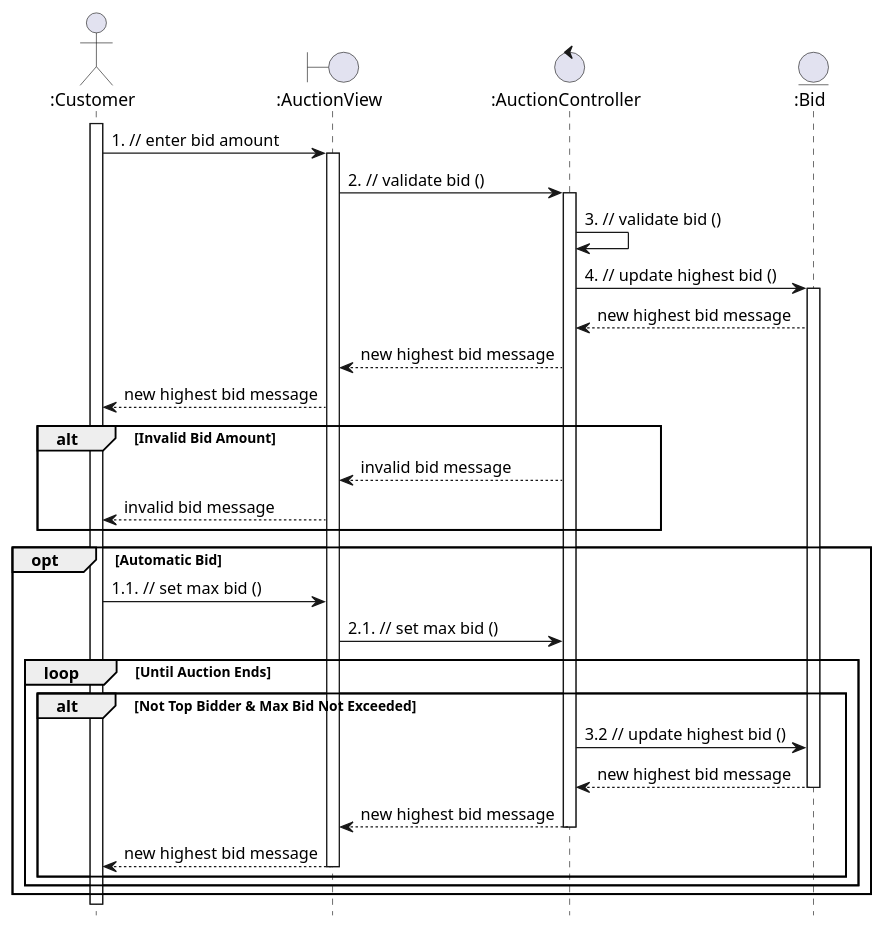
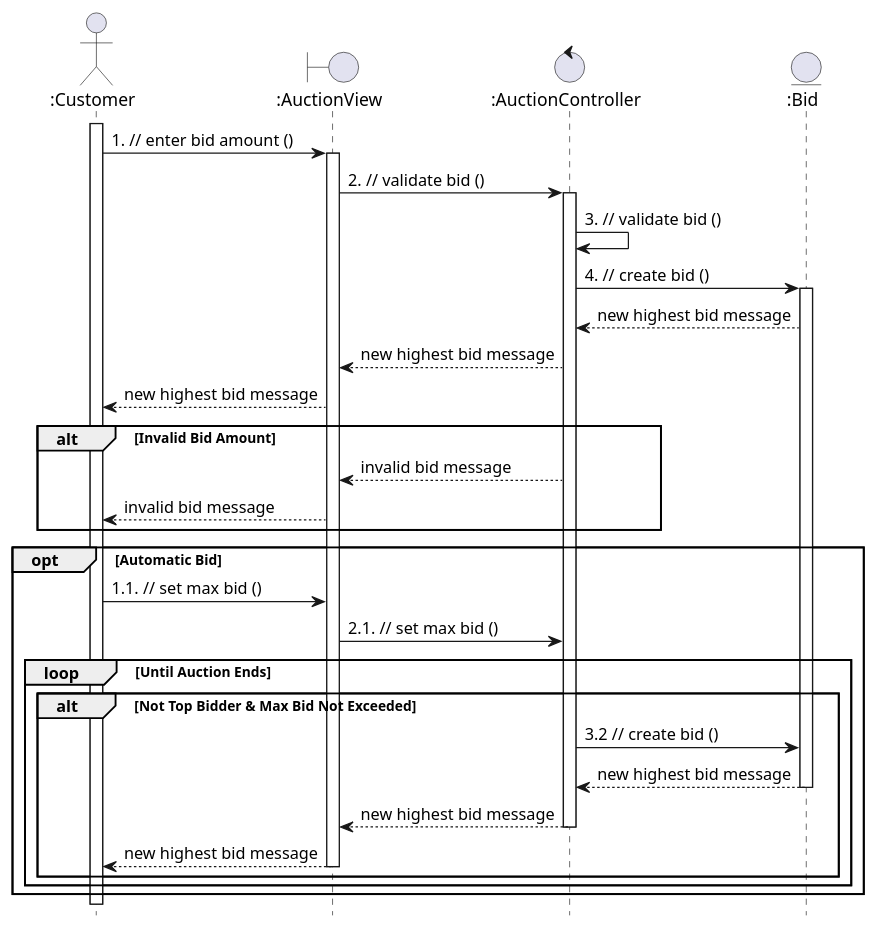
One commit to anhbanlinhle/velocity-exchange changed the diagram in uml/design/sequence/linh/place_bid.pu. Above: the diagram before and after it, drawn with PlantUML. The commit also changed 5 other files, not shown here.

Commit message:
doc[lynn]: base design sequences from analysis

```diff
--- a/uml/design/sequence/linh/place_bid.pu
+++ b/uml/design/sequence/linh/place_bid.pu
@@ -1,43 +1,43 @@
 @startuml UC_18
 hide footbox
 
 
 actor ":Customer" as Customer
 boundary ":AuctionView" as AuctionView
 control ":AuctionController" as AuctionController
 entity ":Bid" as Bid
 Customer ++
-  Customer -> AuctionView : 1. // enter bid amount
+  Customer -> AuctionView : 1. // enter bid amount ()
   activate AuctionView
     AuctionView -> AuctionController : 2. // validate bid ()
     activate AuctionController
       AuctionController -> AuctionController : 3. // validate bid ()
-      AuctionController -> Bid : 4. // update highest bid ()
+      AuctionController -> Bid : 4. // create bid ()
       activate Bid
         Bid --> AuctionController : new highest bid message
 
       AuctionController --> AuctionView : new highest bid message
     AuctionView --> Customer : new highest bid message
 
 alt Invalid Bid Amount
   AuctionController --> AuctionView : invalid bid message
     AuctionView --> Customer : invalid bid message
 end
 
 opt Automatic Bid
     Customer -> AuctionView : 1.1. // set max bid ()
       AuctionView -> AuctionController : 2.1. // set max bid ()
     loop Until Auction Ends
       alt Not Top Bidder & Max Bid Not Exceeded
-        AuctionController -> Bid : 3.2 // update highest bid ()
+        AuctionController -> Bid : 3.2 // create bid ()
           Bid --> AuctionController : new highest bid message
         deactivate Bid
           AuctionController --> AuctionView : new highest bid message
         deactivate AuctionController
           AuctionView --> Customer : new highest bid message
         deactivate AuctionView
       end
     end
 end
 
 @enduml
```
